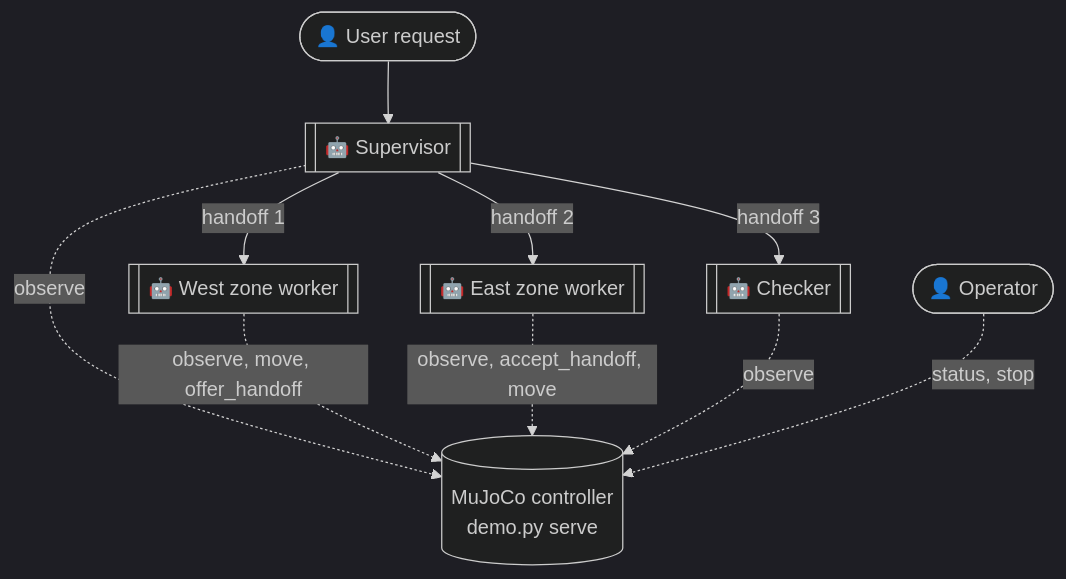
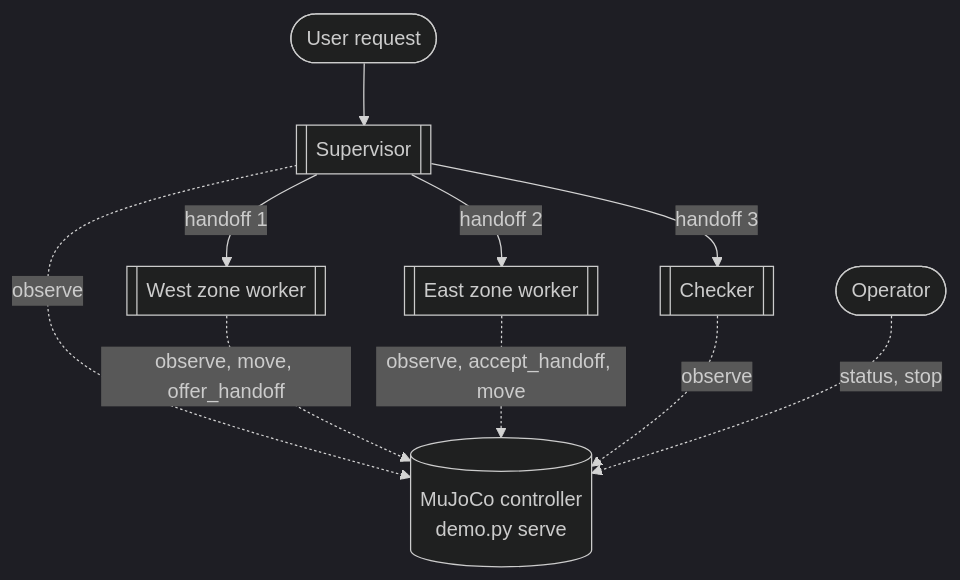
One commit to awslabs/cli-agent-orchestrator changed the first of 2 diagrams in examples/robotics/cross-zone-transport/README.md. Above: the diagram before and after it, drawn with Mermaid (dark theme). The commit also changed other lines of this file and 7 other files, not shown here.

````diff
--- a/examples/robotics/cross-zone-transport/README.md
+++ b/examples/robotics/cross-zone-transport/README.md
@@ -163,12 +189,12 @@
 ```mermaid
 flowchart TD
-    U(["👤 User request"]) --> S[["🤖 Supervisor"]]
-    S -->|"handoff 1"| W[["🤖 West zone worker"]]
-    S -->|"handoff 2"| E[["🤖 East zone worker"]]
-    S -->|"handoff 3"| C[["🤖 Checker"]]
+    U(["User request"]) --> S[["Supervisor"]]
+    S -->|"handoff 1"| W[["West zone worker"]]
+    S -->|"handoff 2"| E[["East zone worker"]]
+    S -->|"handoff 3"| C[["Checker"]]
     S -.->|"observe"| M[("MuJoCo controller<br/>demo.py serve")]
     W -.->|"observe, move, offer_handoff"| M
     E -.->|"observe, accept_handoff, move"| M
     C -.->|"observe"| M
-    O(["👤 Operator"]) -.->|"status, stop"| M
+    O(["Operator"]) -.->|"status, stop"| M
 ```
````
